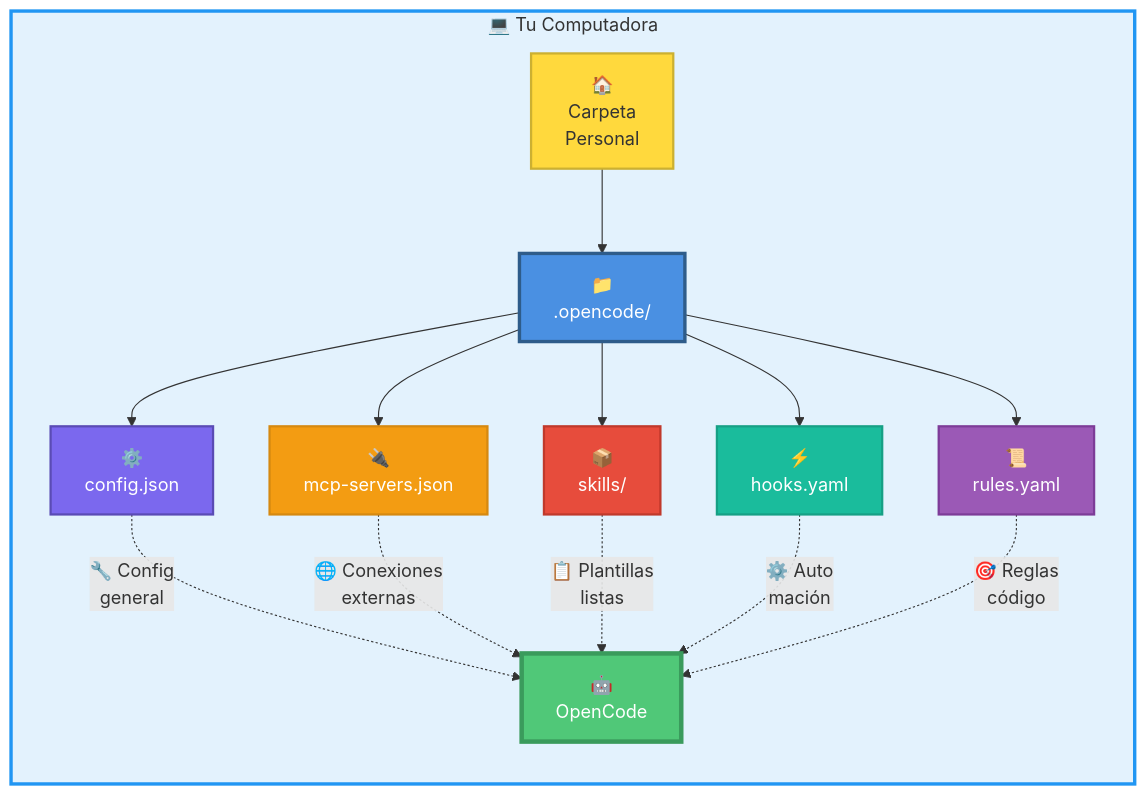
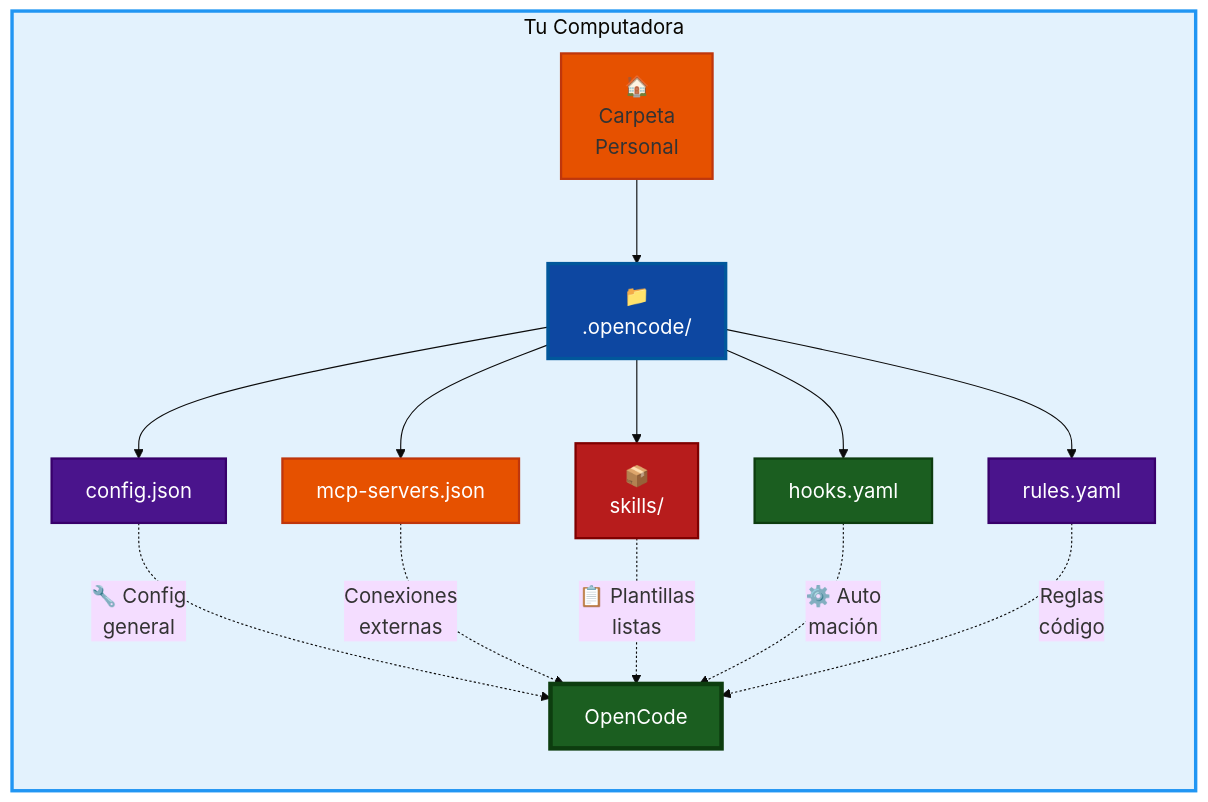
One commit to Ai-Whisperers/Courses-Content changed the second of 16 diagrams in courses/🟡-development/FPUNA-2026/00-FUNDAMENTOS-PRINCIPALES/02-maestria-configuracion.md. Above: the diagram before and after it, drawn with Mermaid. The commit also changed other lines of this file and 47 other files, not shown here.

First line of the commit message:
fix: Make all 473 diagrams WCAG AAA accessible (FPUNA-2026)

````diff
--- a/courses/🟡-development/FPUNA-2026/00-FUNDAMENTOS-PRINCIPALES/02-maestria-configuracion.md
+++ b/courses/🟡-development/FPUNA-2026/00-FUNDAMENTOS-PRINCIPALES/02-maestria-configuracion.md
@@ -112,29 +113,30 @@
 ```mermaid
+%%{init: {'theme':'base', 'themeVariables': {'fontSize':'18px'}}}%%
 graph TB
-    subgraph PC["💻 Tu Computadora"]
+    subgraph PC["Tu Computadora"]
         direction TB
         Home["🏠<br/>Carpeta<br/>Personal"] --> OpenCodeDir["📁<br/>.opencode/"]
         
-        OpenCodeDir --> Config["⚙️<br/>config.json"]
-        OpenCodeDir --> MCP["🔌<br/>mcp-servers.json"]
+        OpenCodeDir --> Config["config.json"]
+        OpenCodeDir --> MCP["mcp-servers.json"]
         OpenCodeDir --> Skills["📦<br/>skills/"]
-        OpenCodeDir --> Hooks["⚡<br/>hooks.yaml"]
-        OpenCodeDir --> Rules["📜<br/>rules.yaml"]
+        OpenCodeDir --> Hooks["hooks.yaml"]
+        OpenCodeDir --> Rules["rules.yaml"]
         
-        Config -."🔧 Config<br/>general".-> OC["🤖<br/>OpenCode"]
-        MCP -."🌐 Conexiones<br/>externas".-> OC
+        Config -."🔧 Config<br/>general".-> OC["OpenCode"]
+        MCP -."Conexiones<br/>externas".-> OC
         Skills -."📋 Plantillas<br/>listas".-> OC
         Hooks -."⚙️ Auto<br/>mación".-> OC
-        Rules -."🎯 Reglas<br/>código".-> OC
+        Rules -."Reglas<br/>código".-> OC
     end
     
     style PC fill:#E3F2FD,stroke:#2196F3,stroke-width:3px
-    style OpenCodeDir fill:#4A90E2,stroke:#2E5C8A,stroke-width:3px,color:#fff
-    style OC fill:#50C878,stroke:#3A9B5C,stroke-width:4px,color:#fff
-    style Config fill:#7B68EE,stroke:#5A4BB5,stroke-width:2px,color:#fff
-    style MCP fill:#F39C12,stroke:#D68910,stroke-width:2px,color:#fff
-    style Skills fill:#E74C3C,stroke:#C0392B,stroke-width:2px,color:#fff
-    style Hooks fill:#1ABC9C,stroke:#16A085,stroke-width:2px,color:#fff
-    style Rules fill:#9B59B6,stroke:#7D3C98,stroke-width:2px,color:#fff
-    style Home fill:#FFD93D,stroke:#CCB031,stroke-width:2px,color:#333
+    style OpenCodeDir fill:#0d47a1,stroke:#01579b,stroke-width:3px,color:#fff
+    style OC fill:#1b5e20,stroke:#0d3d0f,stroke-width:4px,color:#fff
+    style Config fill:#4a148c,stroke:#38006b,stroke-width:2px,color:#fff
+    style MCP fill:#e65100,stroke:#bf360c,stroke-width:2px,color:#fff
+    style Skills fill:#b71c1c,stroke:#7f0000,stroke-width:2px,color:#fff
+    style Hooks fill:#1b5e20,stroke:#0d3d0f,stroke-width:2px,color:#fff
+    style Rules fill:#4a148c,stroke:#38006b,stroke-width:2px,color:#fff
+    style Home fill:#e65100,stroke:#bf360c,stroke-width:2px,color:#333
 ```
````
